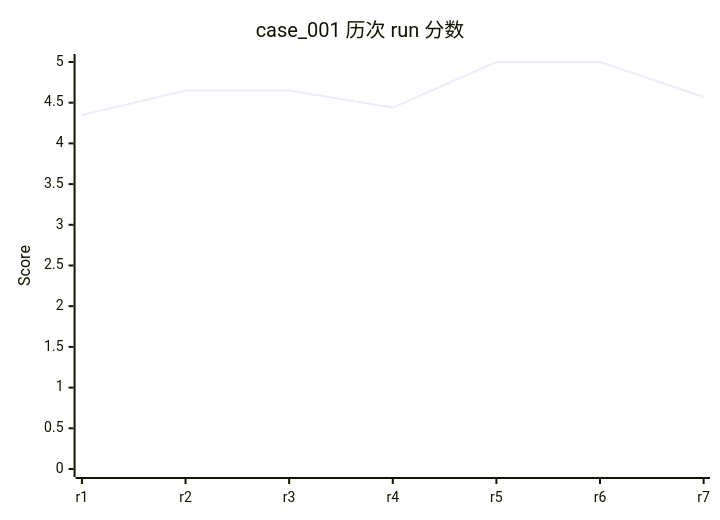
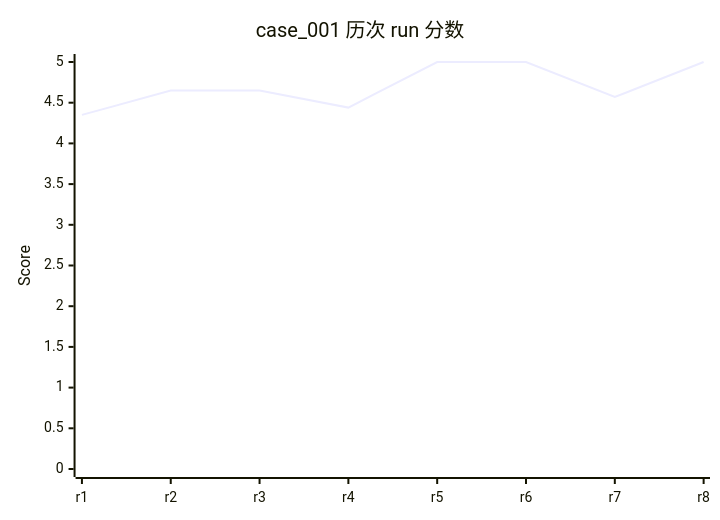
One commit to rushengzhou/sid-code changed the eighth of 58 diagrams in evals/DASHBOARD.md. Above: the diagram before and after it, drawn with Mermaid. The commit also changed other lines of this file and 108 other files, not shown here.

````diff
--- a/evals/DASHBOARD.md
+++ b/evals/DASHBOARD.md
@@ -245,7 +246,7 @@
 ```mermaid
 xychart-beta
     title "case_001 历次 run 分数"
-    x-axis [r1, r2, r3, r4, r5, r6, r7]
+    x-axis [r1, r2, r3, r4, r5, r6, r7, r8]
     y-axis "Score" 0 --> 5
-    line [4.35, 4.65, 4.65, 4.44, 5.00, 5.00, 4.57]
+    line [4.35, 4.65, 4.65, 4.44, 5.00, 5.00, 4.57, 5.00]
 ```
````
